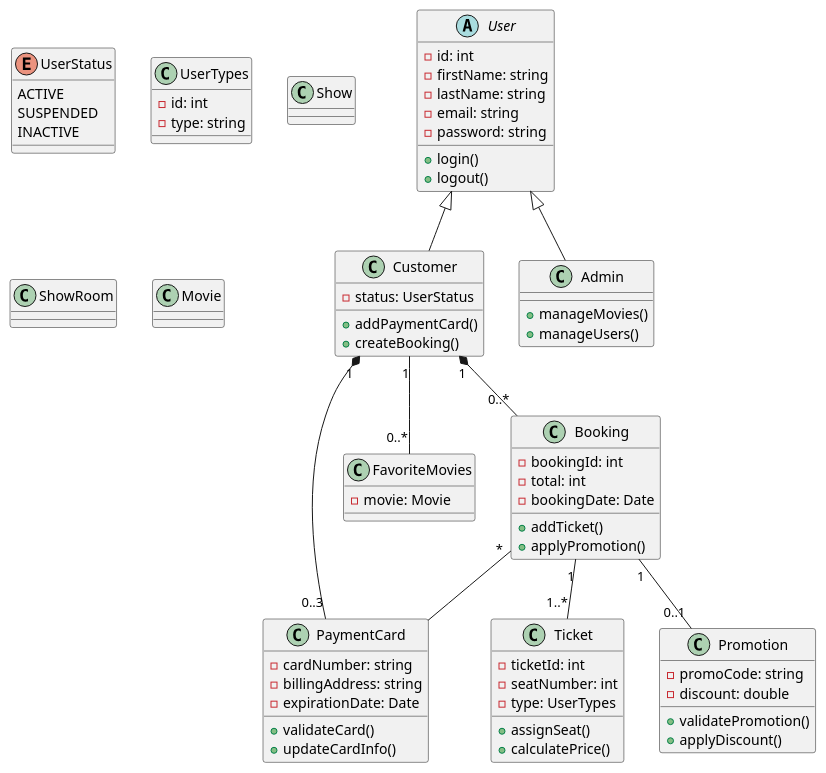
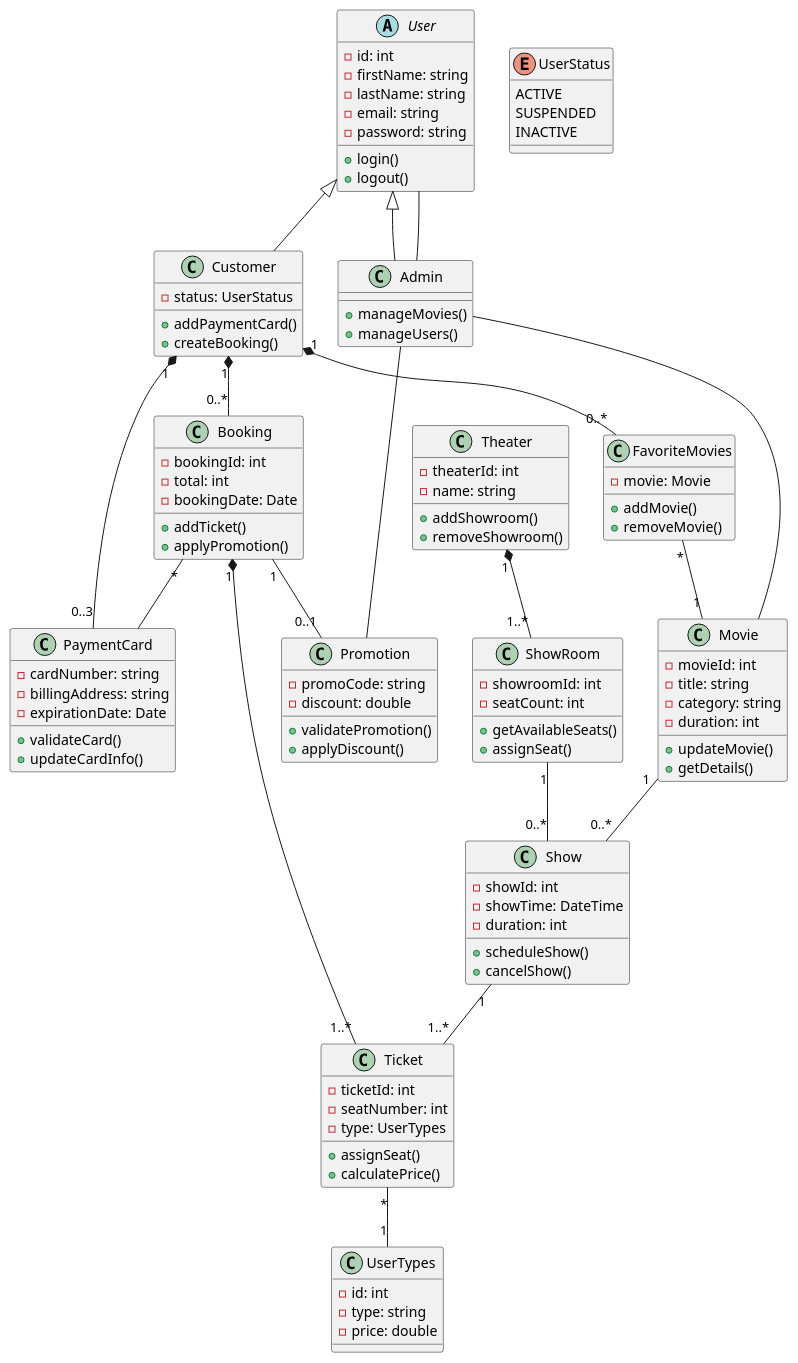
Before and after one commit to alecreates/Cinema-E-Booking-System: the diagram in user-diagram.puml, drawn with PlantUML.

Commit message:
updated uml diagram to include theater/show/showroom + other tweaks

```diff
--- a/user-diagram.puml
+++ b/user-diagram.puml
@@ -1,87 +1,123 @@
 @startuml
 
 abstract class User {
     - id: int
     - firstName: string
     - lastName: string
     - email: string
     - password: string
     + login()
     + logout()
 }
 
 class Customer extends User {
     - status: UserStatus
     + addPaymentCard()
     + createBooking()
 }
 
 class Admin extends User {
     + manageMovies()
     + manageUsers()
 }
 
 class PaymentCard {
     - cardNumber: string
     - billingAddress: string
     - expirationDate: Date
     + validateCard()
     + updateCardInfo()
 }
 
 class FavoriteMovies {
     - movie: Movie
+    + addMovie()
+    + removeMovie()
 }
 
 enum UserStatus {
     ACTIVE
     SUSPENDED
     INACTIVE
 }
 
 class Booking {
     - bookingId: int
     - total: int
     - bookingDate: Date
     + addTicket()
     + applyPromotion()
 }
 
 class Ticket {
     - ticketId: int
     - seatNumber: int
     - type: UserTypes
     + assignSeat()
     + calculatePrice()
 }
 
 class Promotion {
     - promoCode: string
     - discount: double
     + validatePromotion()
     + applyDiscount()
 }
 
 class UserTypes {
     - id: int
     - type: string
+    - price: double
+}
+
+class Theater {
+    - theaterId: int
+    - name: string
+    + addShowroom()
+    + removeShowroom()
 }
 
 class Show {
+    - showId: int
+    - showTime: DateTime
+    - duration: int
+    + scheduleShow()
+    + cancelShow()
 }
 
 class ShowRoom {
+    - showroomId: int
+    - seatCount: int
+    + getAvailableSeats()
+    + assignSeat()
 }
 
 class Movie {
+    - movieId: int
+    - title: string
+    - category: string
+    - duration: int
+    + updateMovie()
+    + getDetails()
 }
 
 Customer "1" *-- "0..3" PaymentCard
-Customer "1" -- "0..*" FavoriteMovies
+Customer "1" *-- "0..*" FavoriteMovies
 Customer "1" *-- "0..*" Booking
+FavoriteMovies "*" -- "1" Movie
 
-Booking "1" -- "1..*" Ticket
+Booking "1" *-- "1..*" Ticket
 Booking "1" -- "0..1" Promotion
 Booking "*" -- PaymentCard
 
+Theater "1" *-- "1..*" ShowRoom
+Movie "1" -- "0..*" Show
+ShowRoom "1" -- "0..*" Show
+Show "1" -- "1..*" Ticket
+Ticket "*" -- "1" UserTypes
+
+Admin -- Movie
+Admin -- Promotion
+Admin -- User
+
 @enduml
```
